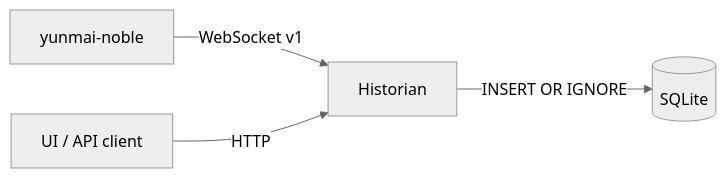
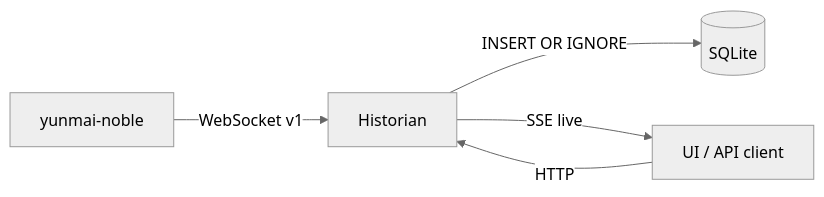
The diagram in project/HISTORIAN.md (Vanuan/yunmai-noble), drawn with Mermaid (neutral theme) before and after one commit. The commit also changed other lines of this file and 4 other files, not shown here.

````diff
--- a/project/HISTORIAN.md
+++ b/project/HISTORIAN.md
@@ -14,6 +14,7 @@
 ```mermaid
 flowchart LR
     node["yunmai-noble"] -->|"WebSocket v1"| historian["Historian"]
     historian -->|"INSERT OR IGNORE"| db[("SQLite")]
     client["UI / API client"] -->|"HTTP"| historian
+    historian -->|"SSE live"| client
 ```
````
